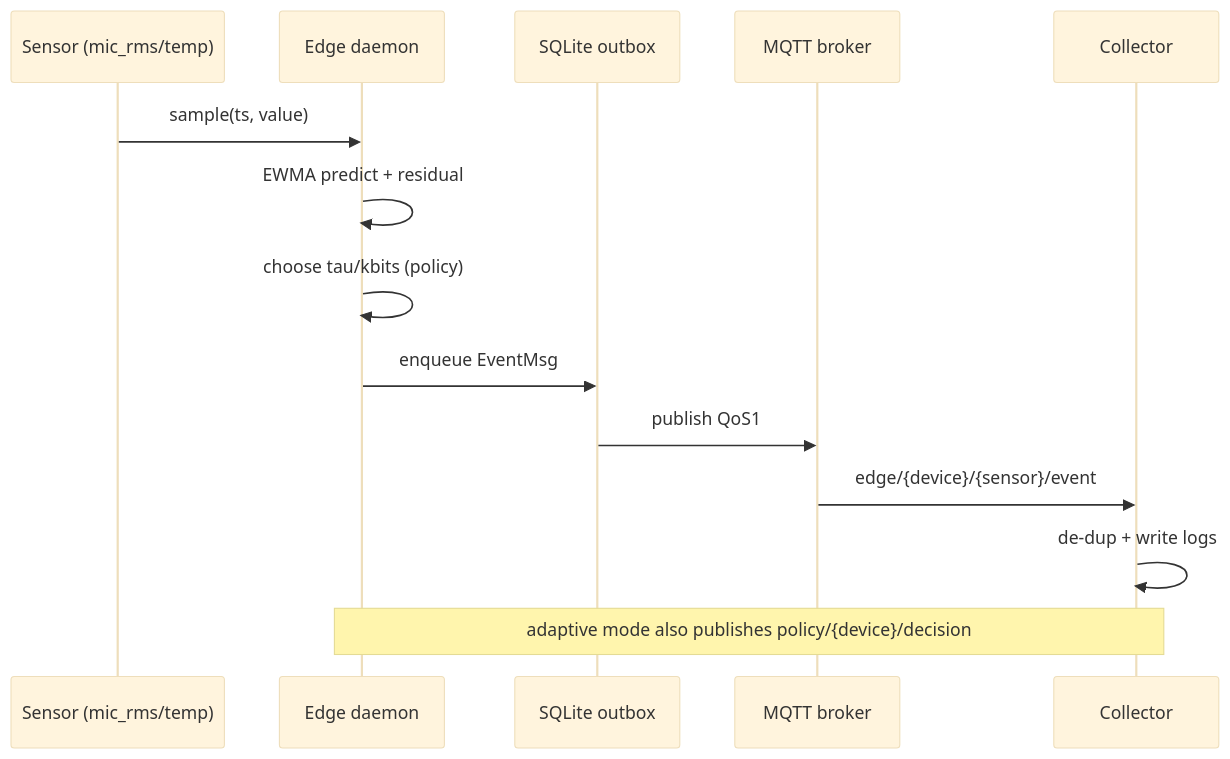
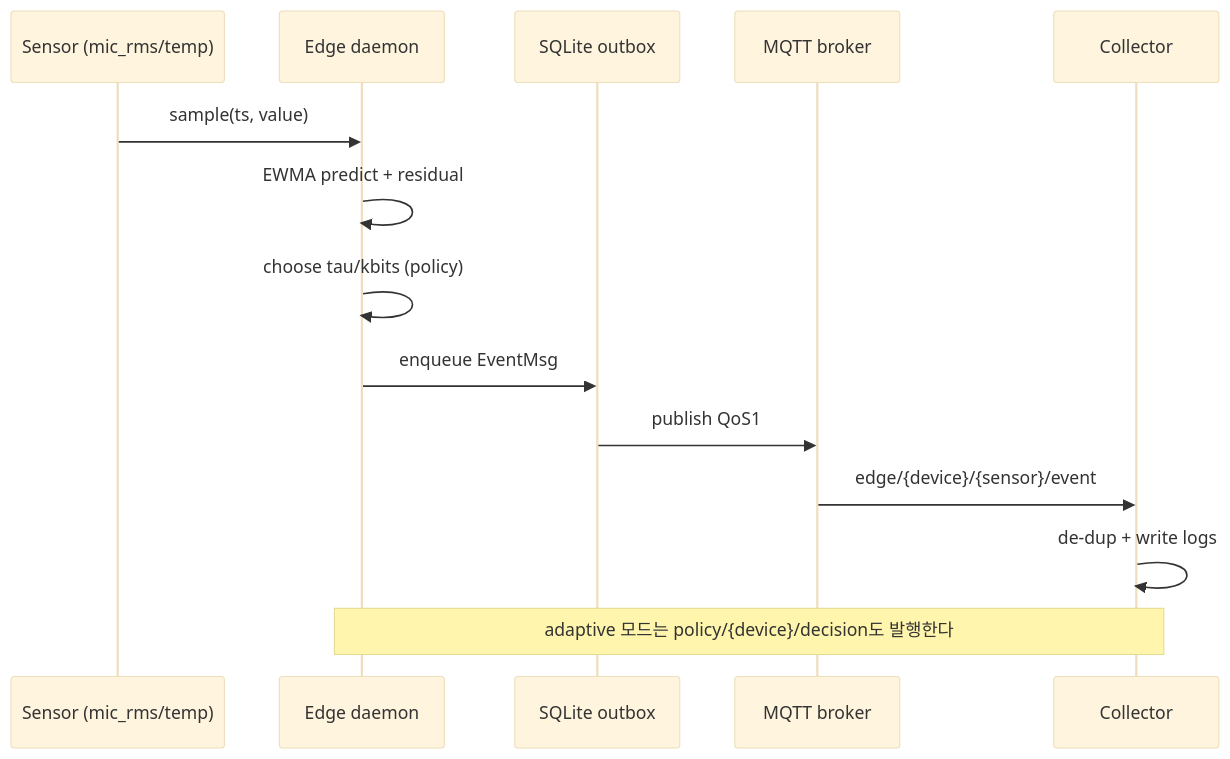
One commit to Hmeon/semantic-uplink-rpi5 changed the second of 2 diagrams in README.md. Above: the diagram before and after it, drawn with Mermaid (base theme). The commit also changed other lines of this file and 2 other files, not shown here.

````diff
--- a/README.md
+++ b/README.md
@@ -133,17 +133,17 @@
 ```mermaid
 sequenceDiagram
   participant Sensor as Sensor (mic_rms/temp)
   participant Edge as Edge daemon
   participant Outbox as SQLite outbox
   participant Broker as MQTT broker
   participant Collector as Collector
 
   Sensor->>Edge: sample(ts, value)
   Edge->>Edge: EWMA predict + residual
   Edge->>Edge: choose tau/kbits (policy)
   Edge->>Outbox: enqueue EventMsg
   Outbox->>Broker: publish QoS1
   Broker->>Collector: edge/{device}/{sensor}/event
   Collector->>Collector: de-dup + write logs
-  Note over Edge,Collector: adaptive mode also publishes policy/{device}/decision
+  Note over Edge,Collector: adaptive 모드는 policy/{device}/decision도 발행한다
 ```
````
